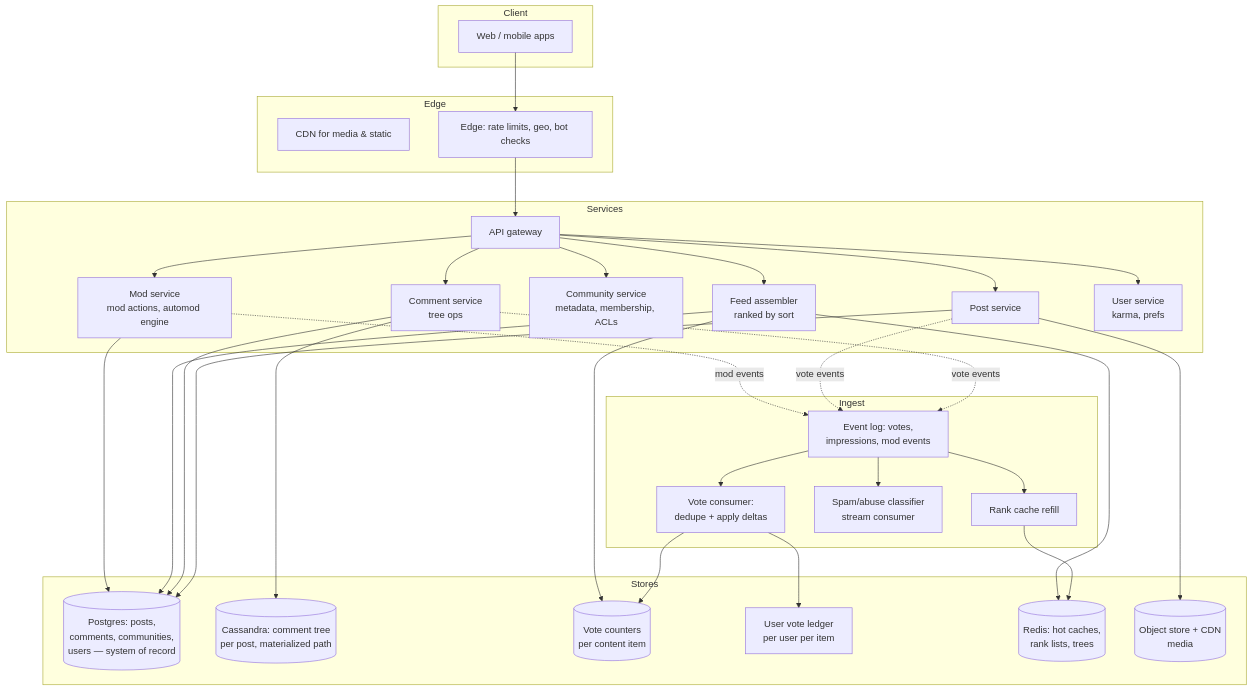
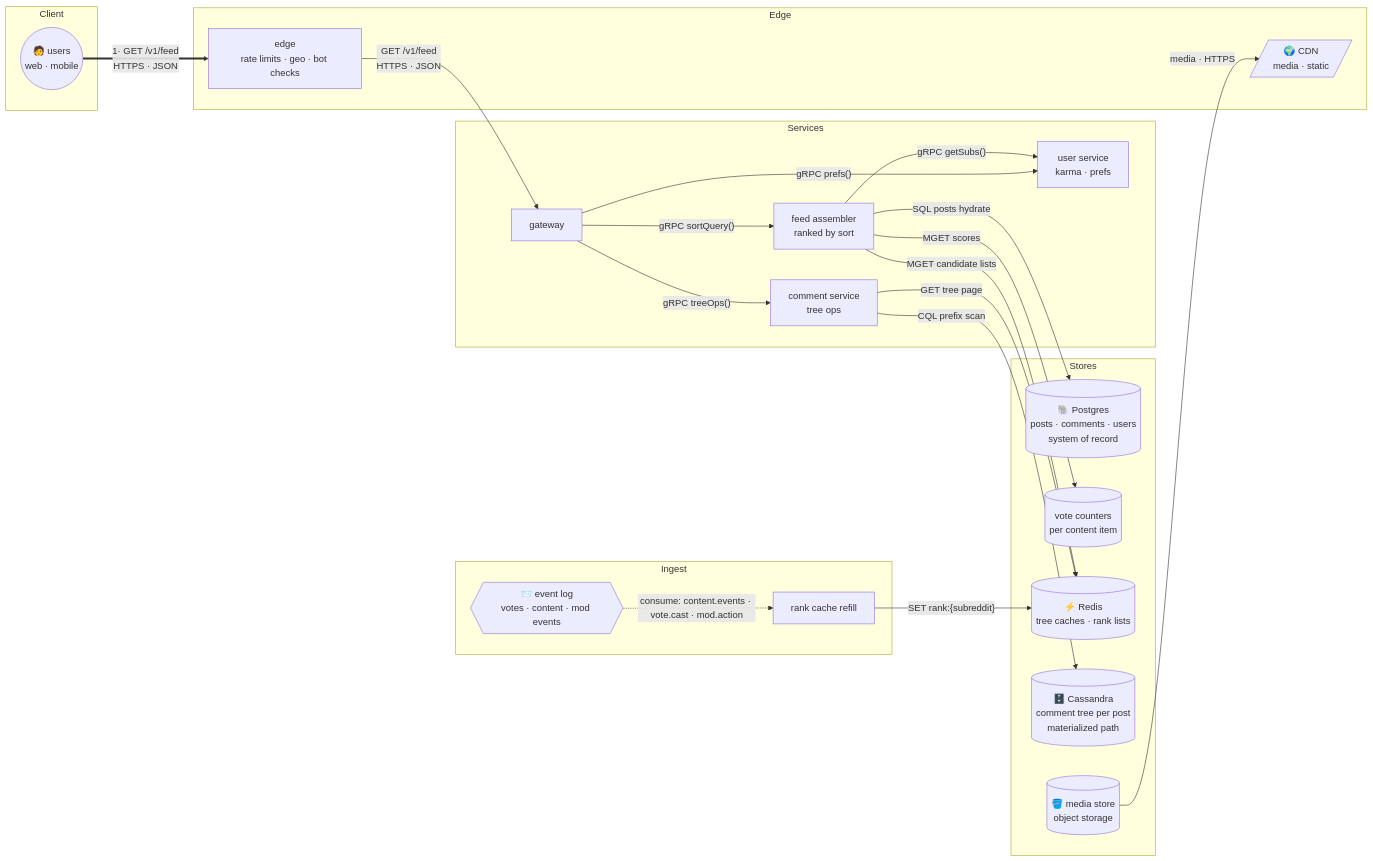
The second of 2 diagrams in study_cases/34.reddit/03-architecture.md (ramandika/system-design-problems), drawn with Mermaid before and after one commit. The commit also changed other lines of this file and 58 other files, not shown here.

First line of the commit message:
Add diagram standard and make 6 live diagrams compliant

````diff
--- a/study_cases/34.reddit/03-architecture.md
+++ b/study_cases/34.reddit/03-architecture.md
@@ -5,52 +69,46 @@
 ```mermaid
-graph TD
+flowchart LR
     subgraph Client
-        W[Web / mobile apps]
+        w((🧑 users<br/>web · mobile))
     end
 
     subgraph Edge
-        CDN[CDN for media & static]
-        EDGE[Edge: rate limits, geo, bot checks]
+        cdn[/🌍 CDN<br/>media · static/]
+        edge[edge<br/>rate limits · geo · bot checks]
     end
 
     subgraph Services
-        GW[API gateway]
-        POST[Post service]
-        COMMENT[Comment service<br/>tree ops]
-        SUB[Community service<br/>metadata, membership, ACLs]
-        MOD[Mod service<br/>mod actions, automod engine]
-        FEED[Feed assembler<br/>ranked by sort]
-        USER[User service<br/>karma, prefs]
+        gw[gateway]
+        feed[feed assembler<br/>ranked by sort]
+        usr[user service<br/>karma · prefs]
+        cmt[comment service<br/>tree ops]
     end
 
     subgraph Ingest
-        KAFKA[Event log: votes,<br/>impressions, mod events]
-        VOTEV[Vote consumer:<br/>dedupe + apply deltas]
-        SPAM[Spam/abuse classifier<br/>stream consumer]
-        RANKC[Rank cache refill]
+        k{{📨 event log<br/>votes · content · mod events}}
+        rc[rank cache refill]
     end
 
     subgraph Stores
-        PG[(Postgres: posts,<br/>comments, communities,<br/>users — system of record)]
-        CASS[(Cassandra: comment tree<br/>per post, materialized path)]
-        COUNTERS[(Vote counters<br/>per content item)]
-        VOTES[User vote ledger<br/>per user per item]
-        REDIS[(Redis: hot caches,<br/>rank lists, trees)]
-        S3[(Object store + CDN<br/>media)]
+        pg[(🐘 Postgres<br/>posts · comments · users<br/>system of record)]
+        cnt[(vote counters<br/>per content item)]
+        rd[(⚡ Redis<br/>tree caches · rank lists)]
+        cass[(🗄️ Cassandra<br/>comment tree per post<br/>materialized path)]
+        s3[(🪣 media store<br/>object storage)]
     end
 
-    W --> EDGE --> GW
-    GW --> POST & COMMENT & SUB & FEED & MOD & USER
-    POST --> PG
-    COMMENT --> CASS
-    COMMENT --> PG
-    POST --> S3
-    COMMENT -. vote events .-> KAFKA
-    POST -. vote events .-> KAFKA
-    KAFKA --> VOTEV --> COUNTERS & VOTES
-    KAFKA --> SPAM
-    KAFKA --> RANKC --> REDIS
-    FEED --> REDIS & COUNTERS & PG
-    MOD --> PG
-    MOD -. mod events .-> KAFKA
+    w ==>|"1· GET /v1/feed<br/>HTTPS · JSON"| edge
+    edge -->|"GET /v1/feed<br/>HTTPS · JSON"| gw
+    gw -->|"gRPC treeOps()"| cmt
+    cmt -->|"GET tree page"| rd
+    cmt -->|"CQL prefix scan"| cass
+    gw -->|"gRPC sortQuery()"| feed
+    gw -->|"gRPC prefs()"| usr
+    feed -->|"gRPC getSubs()"| usr
+    feed -->|"MGET candidate lists"| rd
+    feed -->|"MGET scores"| cnt
+    feed -->|"SQL posts hydrate"| pg
+    s3 -->|"media · HTTPS"| cdn
+    k -.->|"consume: content.events · vote.cast · mod.action"| rc
+    rc -->|"SET rank:{subreddit}"| rd
 ```
````
